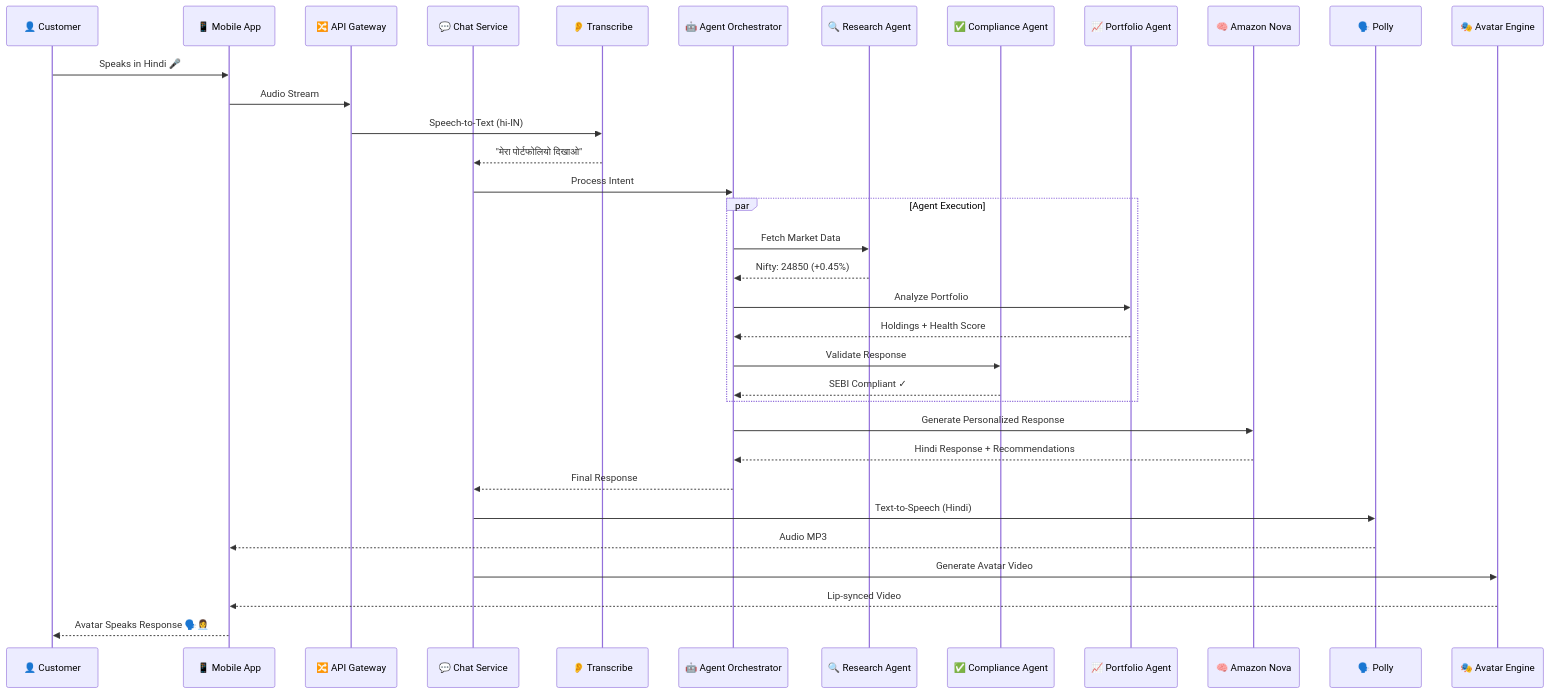
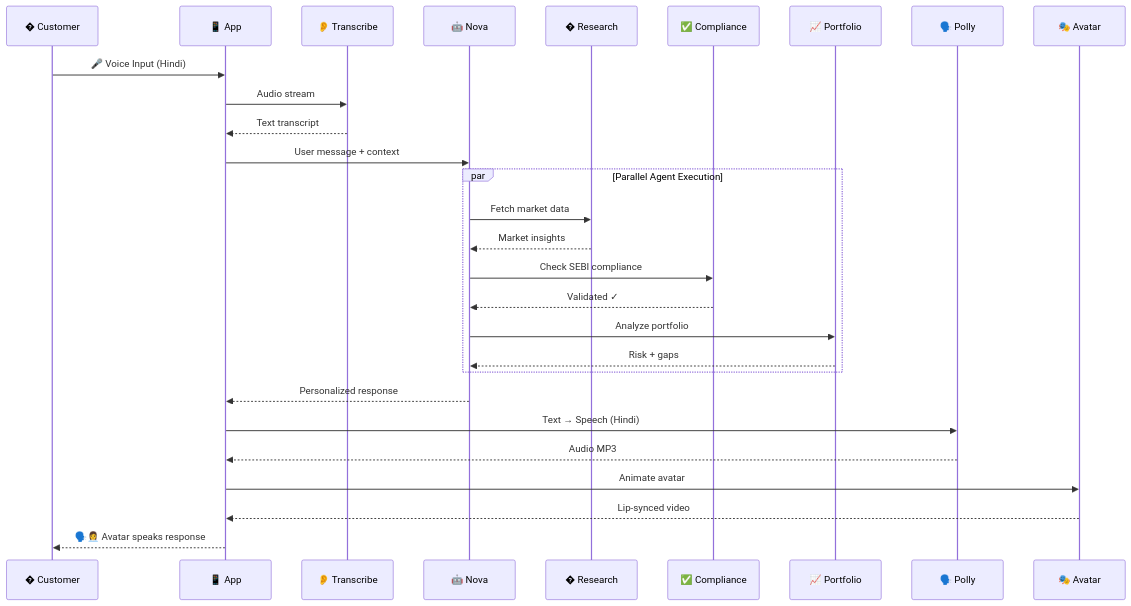
The third of 5 diagrams in README.md (dineshrajdhanapathyDD/FinSight-AI), drawn with Mermaid before and after one commit. The commit also changed other lines of this file and 2 other files, not shown here.

Commit message:
Remove demo OTP, real email OTP only, IDBI brand colors, updated Mermaid diagrams in README

````diff
--- a/README.md
+++ b/README.md
@@ -122,42 +150,34 @@
 ```mermaid
 sequenceDiagram
-    participant C as 👤 Customer
-    participant App as 📱 Mobile App
-    participant GW as 🔀 API Gateway
-    participant Chat as 💬 Chat Service
+    participant C as � Customer
+    participant App as 📱 App
     participant STT as 👂 Transcribe
-    participant Orch as 🤖 Agent Orchestrator
-    participant RA as 🔍 Research Agent
-    participant CA as ✅ Compliance Agent
-    participant PA as 📈 Portfolio Agent
-    participant Nova as 🧠 Amazon Nova
+    participant LLM as 🤖 Nova
+    participant RA as � Research
+    participant CA as ✅ Compliance
+    participant PA as 📈 Portfolio
     participant TTS as 🗣️ Polly
-    participant Av as 🎭 Avatar Engine
+    participant AV as 🎭 Avatar
 
-    C->>App: Speaks in Hindi 🎤
-    App->>GW: Audio Stream
-    GW->>STT: Speech-to-Text (hi-IN)
-    STT-->>Chat: "मेरा पोर्टफोलियो दिखाओ"
+    C->>App: 🎤 Voice Input (Hindi)
+    App->>STT: Audio stream
+    STT-->>App: Text transcript
+
+    App->>LLM: User message + context
     
-    Chat->>Orch: Process Intent
-    
-    par Agent Execution
-        Orch->>RA: Fetch Market Data
-        RA-->>Orch: Nifty: 24850 (+0.45%)
-        Orch->>PA: Analyze Portfolio
-        PA-->>Orch: Holdings + Health Score
-        Orch->>CA: Validate Response
-        CA-->>Orch: SEBI Compliant ✓
+    par Parallel Agent Execution
+        LLM->>RA: Fetch market data
+        RA-->>LLM: Market insights
+        LLM->>CA: Check SEBI compliance
+        CA-->>LLM: Validated ✓
+        LLM->>PA: Analyze portfolio
+        PA-->>LLM: Risk + gaps
     end
-    
-    Orch->>Nova: Generate Personalized Response
-    Nova-->>Orch: Hindi Response + Recommendations
-    
-    Orch-->>Chat: Final Response
-    Chat->>TTS: Text-to-Speech (Hindi)
+
+    LLM-->>App: Personalized response
+    App->>TTS: Text → Speech (Hindi)
     TTS-->>App: Audio MP3
-    Chat->>Av: Generate Avatar Video
-    Av-->>App: Lip-synced Video
-    
-    App-->>C: Avatar Speaks Response 🗣️👩‍💼
+    App->>AV: Animate avatar
+    AV-->>App: Lip-synced video
+    App-->>C: 🗣️👩‍💼 Avatar speaks response
 ```
````
